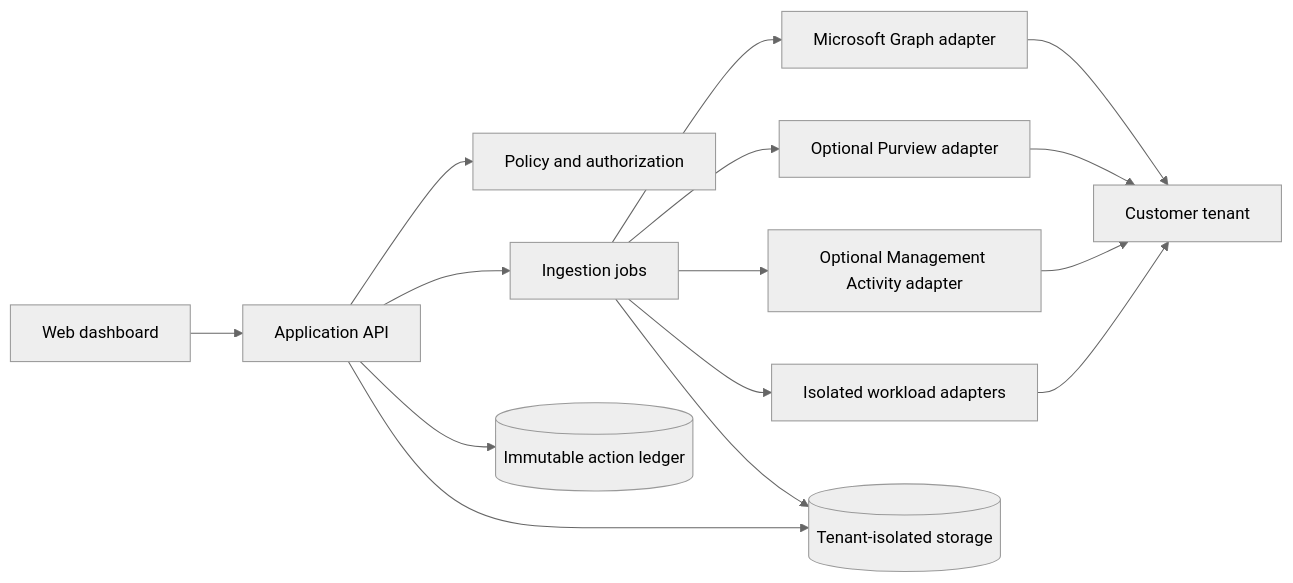
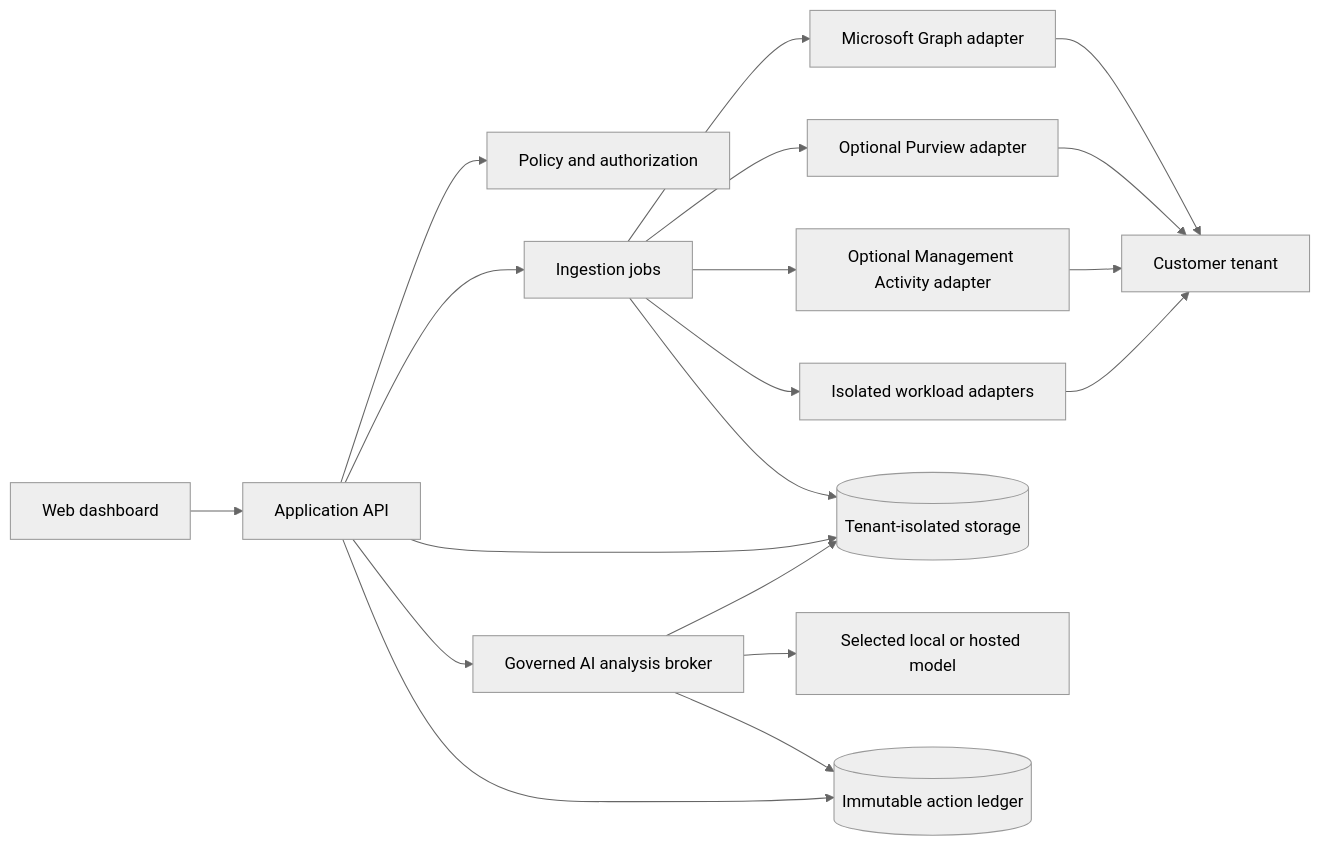
Before and after one commit to Nullel/prism365: the diagram in README.md, drawn with Mermaid (neutral theme). The commit also changed other lines of this file and 27 other files, not shown here.

Commit message:
feat: add governed pluggable AI analysis

````diff
--- a/README.md
+++ b/README.md
@@ -91,17 +95,21 @@
 ```mermaid
 flowchart LR
   Browser[Web dashboard] --> API[Application API]
   API --> Policy[Policy and authorization]
   API --> Jobs[Ingestion jobs]
   Jobs --> Graph[Microsoft Graph adapter]
   Jobs --> Purview[Optional Purview adapter]
   Jobs --> Activity[Optional Management Activity adapter]
   Jobs --> Workload[Isolated workload adapters]
   Graph --> M365[Customer tenant]
   Purview --> M365
   Activity --> M365
   Workload --> M365
   Jobs --> Store[(Tenant-isolated storage)]
   API --> Store
+  API --> AI[Governed AI analysis broker]
+  AI --> Store
+  AI --> Model[Selected local or hosted model]
+  AI --> Ledger
   API --> Ledger[(Immutable action ledger)]
 ```
````
